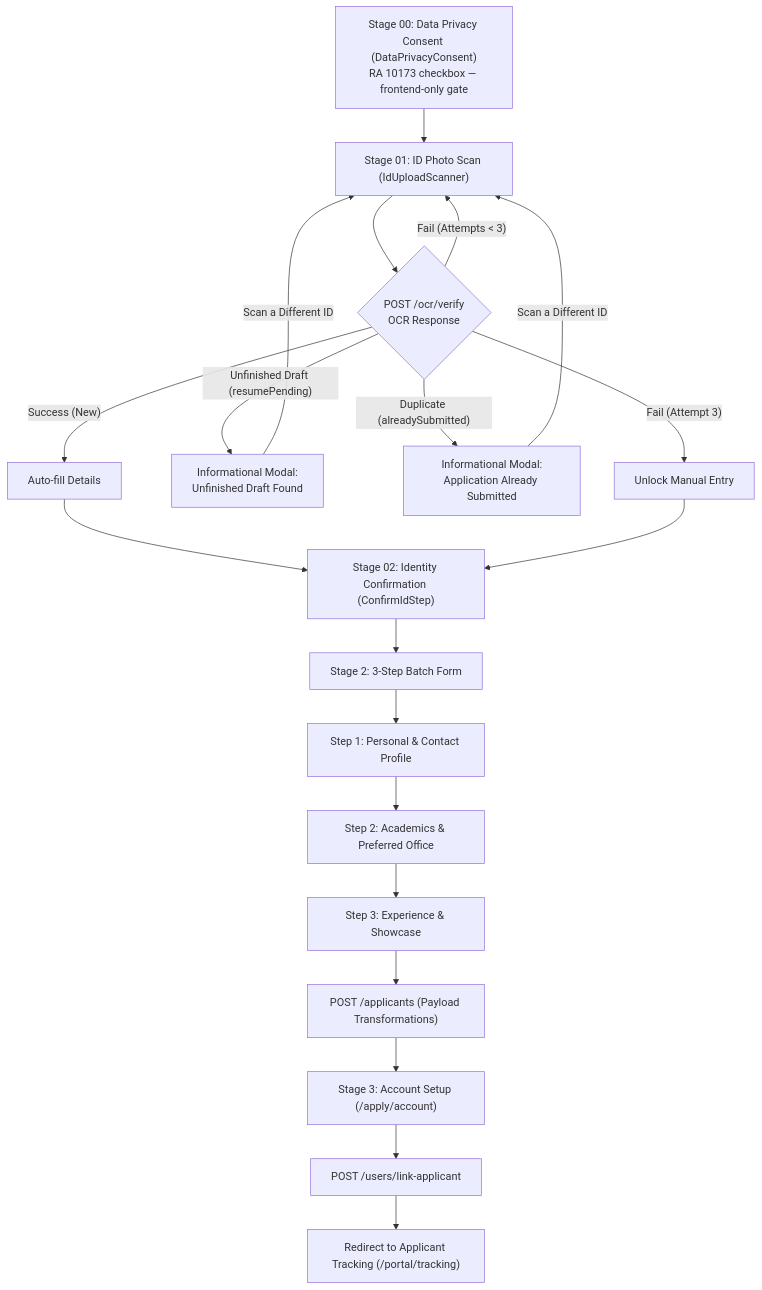
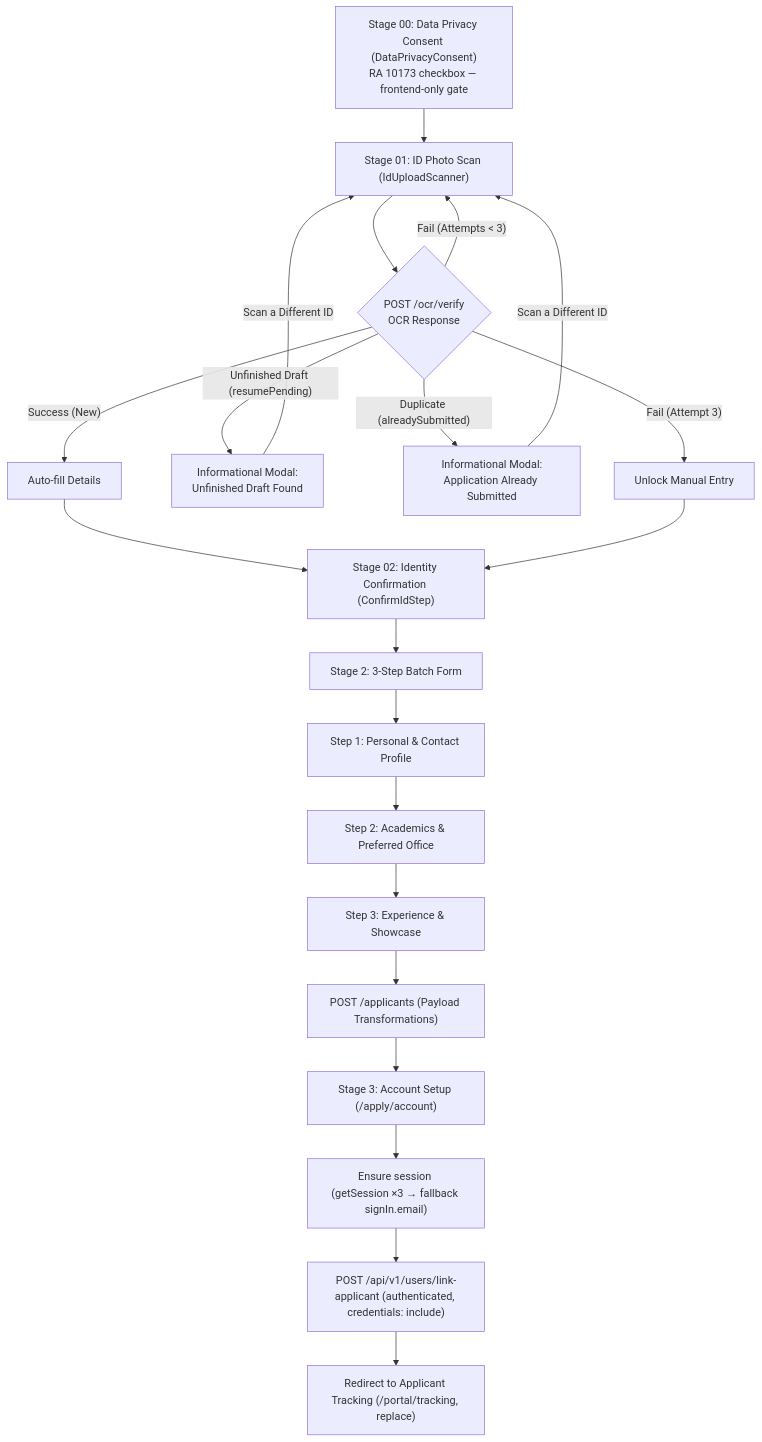
Before and after one commit to microsoft-student-community-qcu/qcu-msc-central-portal-frontend: the diagram in docs/guides/application-flow.md, drawn with Mermaid. The commit also changed other lines of this file and 3 other files, not shown here.

First line of the commit message:
fix(frontend): prevent portal bounce after password setup and secure applicant linking

````diff
--- a/docs/guides/application-flow.md
+++ b/docs/guides/application-flow.md
@@ -9,28 +9,29 @@
 ```mermaid
 flowchart TD
     Z["Stage 00: Data Privacy Consent (DataPrivacyConsent)<br/>RA 10173 checkbox — frontend-only gate"] --> A
     A["Stage 01: ID Photo Scan (IdUploadScanner)"] --> B{"POST /ocr/verify<br/>OCR Response"}
 
     
     B -- "Success (New)" --> C["Auto-fill Details"]
     B -- "Unfinished Draft (resumePending)" --> M["Informational Modal:<br/>Unfinished Draft Found"]
     M -- "Scan a Different ID" --> A
     B -- "Duplicate (alreadySubmitted)" --> K["Informational Modal:<br/>Application Already Submitted"]
     K -- "Scan a Different ID" --> A
     B -- "Fail (Attempts < 3)" --> A
     B -- "Fail (Attempt 3)" --> D["Unlock Manual Entry"]
     
     C --> E["Stage 02: Identity Confirmation (ConfirmIdStep)"]
     D --> E
     
     E --> F["Stage 2: 3-Step Batch Form"]
     F --> F1["Step 1: Personal & Contact Profile"]
     F1 --> F2["Step 2: Academics & Preferred Office"]
     F2 --> F3["Step 3: Experience & Showcase"]
     
     F3 --> G["POST /applicants (Payload Transformations)"]
     G --> H["Stage 3: Account Setup (/apply/account)"]
     
-    H --> I["POST /users/link-applicant"]
-    I --> J["Redirect to Applicant Tracking (/portal/tracking)"]
+    H --> H1["Ensure session (getSession ×3 → fallback signIn.email)"]
+    H1 --> I["POST /api/v1/users/link-applicant (authenticated, credentials: include)"]
+    I --> J["Redirect to Applicant Tracking (/portal/tracking, replace)"]
 ```
````
